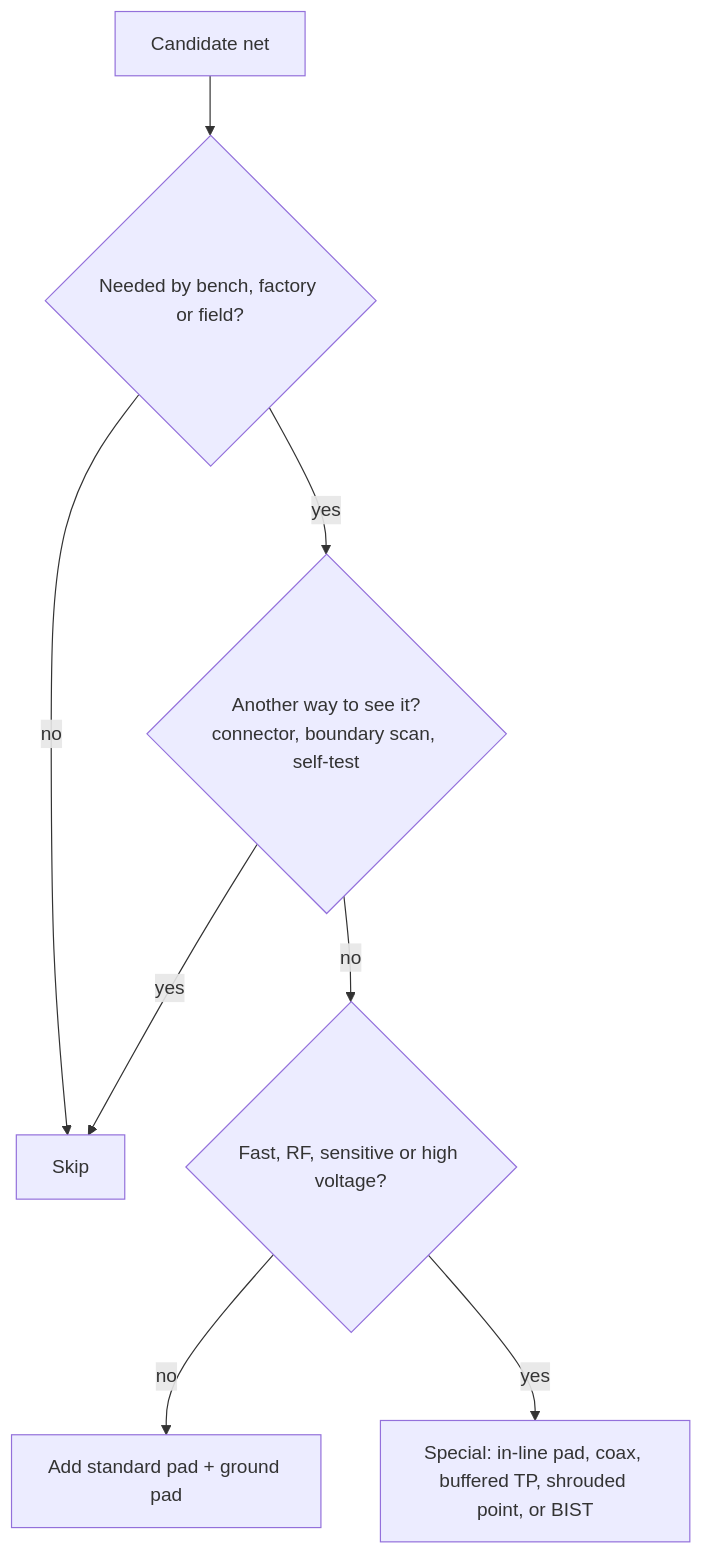
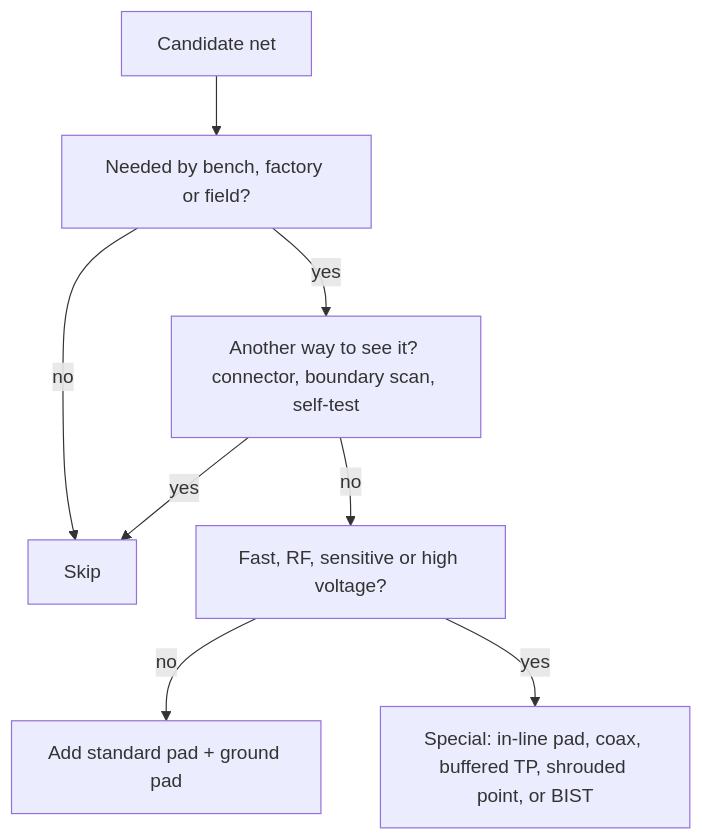
One commit to atallm7/monty-prep changed the diagram in content/questions/q0622.md. Above: the diagram before and after it, drawn with Mermaid. The commit also changed 101 other files, not shown here.

````diff
--- a/content/questions/q0622.md
+++ b/content/questions/q0622.md
@@ -130,10 +130,10 @@
 ```mermaid
 flowchart TB
-  A["Candidate net"] --> B{"Needed by bench, factory or field?"}
+  A["Candidate net"] --> B["Needed by bench, factory or field?"]
   B -- "no" --> X["Skip"]
-  B -- "yes" --> C{"Another way to see it?<br/>connector, boundary scan, self-test"}
+  B -- "yes" --> C["Another way to see it? connector, boundary scan, self-test"]
   C -- "yes" --> X
-  C -- "no" --> D{"Fast, RF, sensitive or high voltage?"}
+  C -- "no" --> D["Fast, RF, sensitive or high voltage?"]
   D -- "no" --> E["Add standard pad + ground pad"]
   D -- "yes" --> F["Special: in-line pad, coax, buffered TP, shrouded point, or BIST"]
 ```
````
